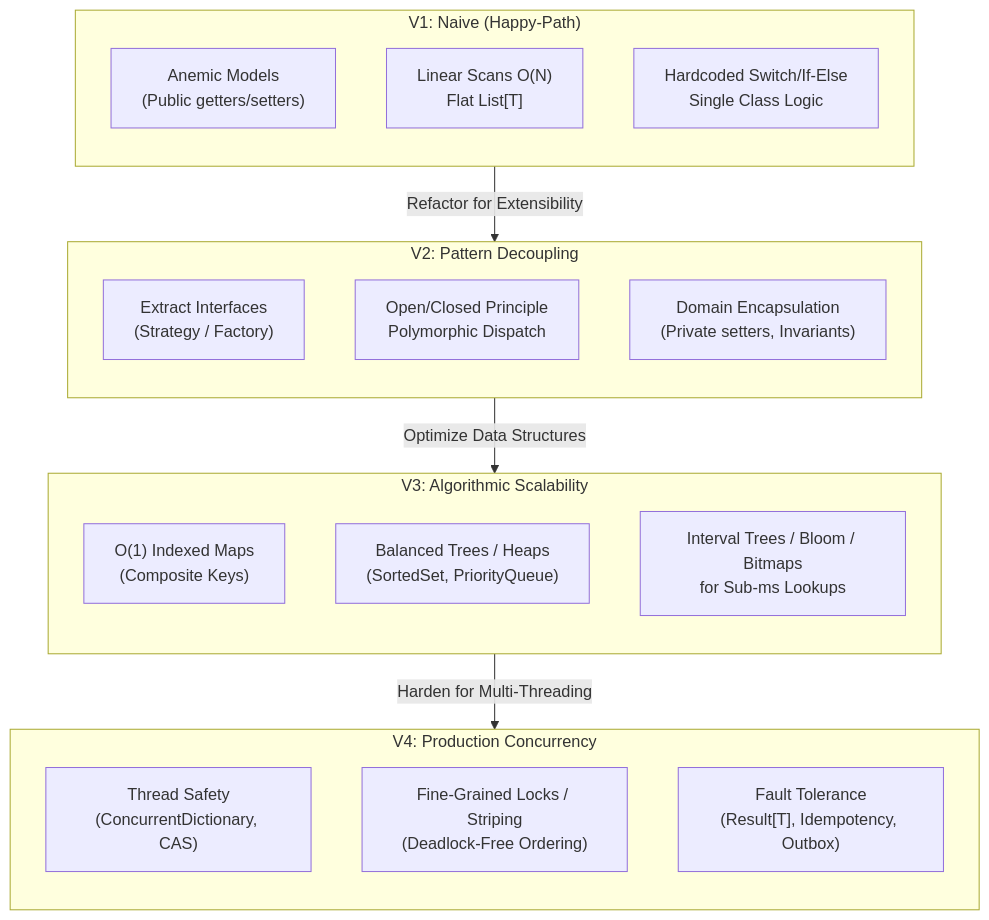
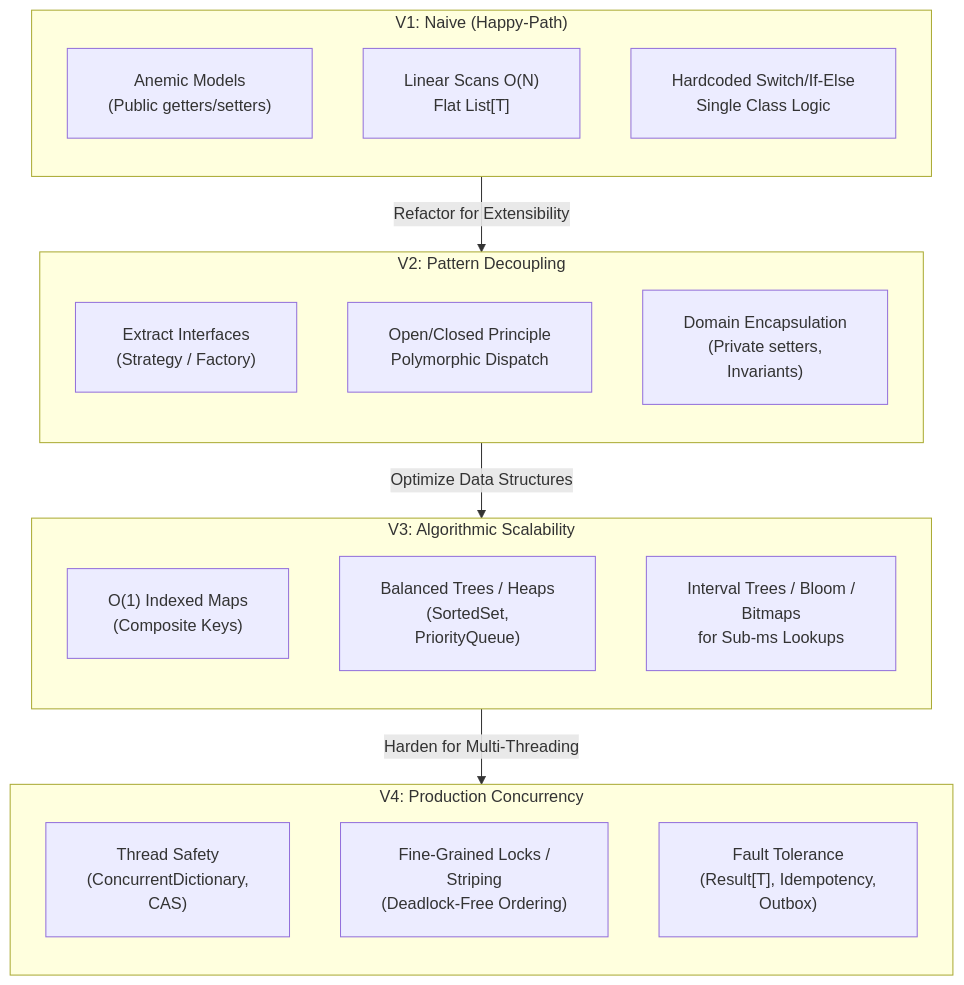
The diagram in LLD/00_Core_Concepts/08_LLD_Problem_Families_and_Evolution.md (dip4k/DSA_102), drawn with Mermaid before and after one commit. The commit also changed 108 other files, not shown here.

First line of the commit message:
fix(mermaid): resolve diagram clipping, padding, and syntax issues across repo

````diff
--- a/LLD/00_Core_Concepts/08_LLD_Problem_Families_and_Evolution.md
+++ b/LLD/00_Core_Concepts/08_LLD_Problem_Families_and_Evolution.md
@@ -106,34 +106,35 @@
 ```mermaid
+%%{init: {"flowchart": {"htmlLabels": true, "padding": 20}}}%%
 flowchart TD
     subgraph V1["V1: Naive (Happy-Path)"]
         direction TB
         V1_1["Anemic Models<br/>(Public getters/setters)"]
         V1_2["Linear Scans O(N)<br/>Flat List[T]"]
         V1_3["Hardcoded Switch/If-Else<br/>Single Class Logic"]
     end
 
     subgraph V2["V2: Pattern Decoupling"]
         direction TB
         V2_1["Extract Interfaces<br/>(Strategy / Factory)"]
         V2_2["Open/Closed Principle<br/>Polymorphic Dispatch"]
-        V2_3["Domain Encapsulation<br/>(Private setters, Invariants)"]
+        V2_3["Domain Encapsulation<br/>(Private setters,<br/>Invariants)"]
     end
 
     subgraph V3["V3: Algorithmic Scalability"]
         direction TB
         V3_1["O(1) Indexed Maps<br/>(Composite Keys)"]
-        V3_2["Balanced Trees / Heaps<br/>(SortedSet, PriorityQueue)"]
-        V3_3["Interval Trees / Bloom / Bitmaps<br/>for Sub-ms Lookups"]
+        V3_2["Balanced Trees / Heaps<br/>(SortedSet,<br/>PriorityQueue)"]
+        V3_3["Interval Trees / Bloom /<br/>Bitmaps<br/>for Sub-ms Lookups"]
     end
 
     subgraph V4["V4: Production Concurrency"]
         direction TB
-        V4_1["Thread Safety<br/>(ConcurrentDictionary, CAS)"]
-        V4_2["Fine-Grained Locks / Striping<br/>(Deadlock-Free Ordering)"]
-        V4_3["Fault Tolerance<br/>(Result[T], Idempotency, Outbox)"]
+        V4_1["Thread Safety<br/>(ConcurrentDictionary,<br/>CAS)"]
+        V4_2["Fine-Grained Locks /<br/>Striping<br/>(Deadlock-Free Ordering)"]
+        V4_3["Fault Tolerance<br/>(Result[T], Idempotency,<br/>Outbox)"]
     end
 
     V1 -->|"Refactor for Extensibility"| V2
     V2 -->|"Optimize Data Structures"| V3
     V3 -->|"Harden for Multi-Threading"| V4
 ```
````
